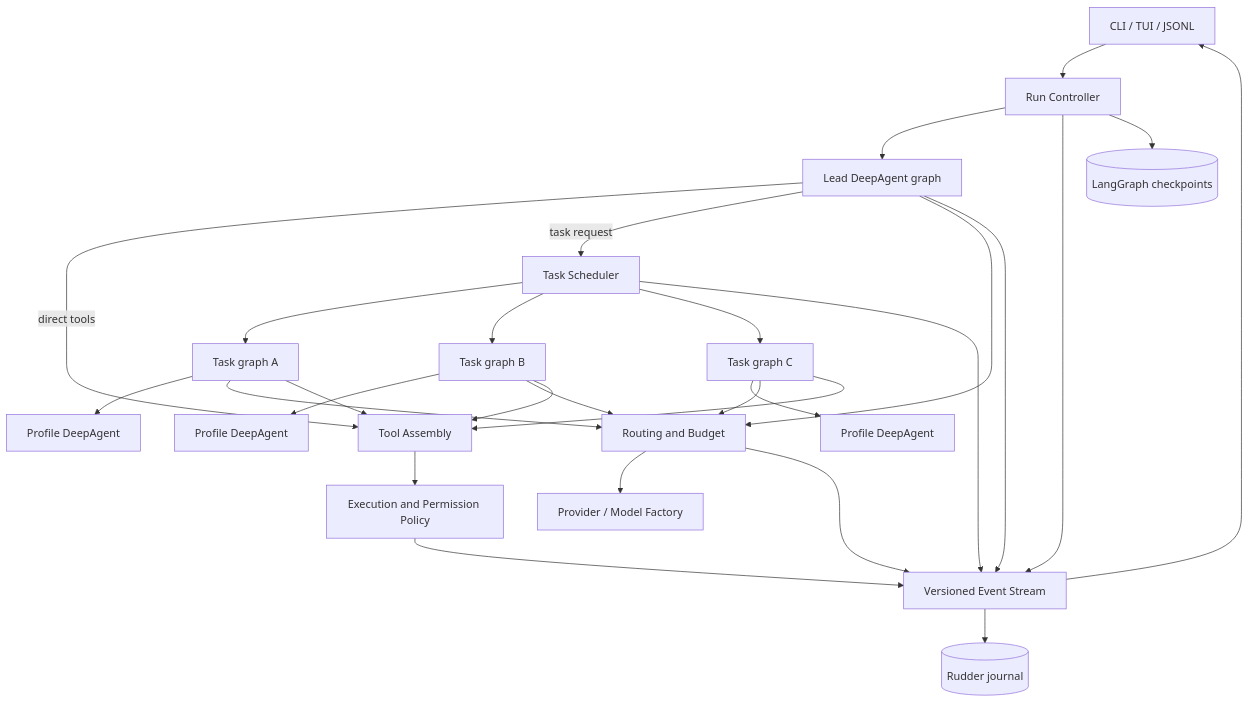
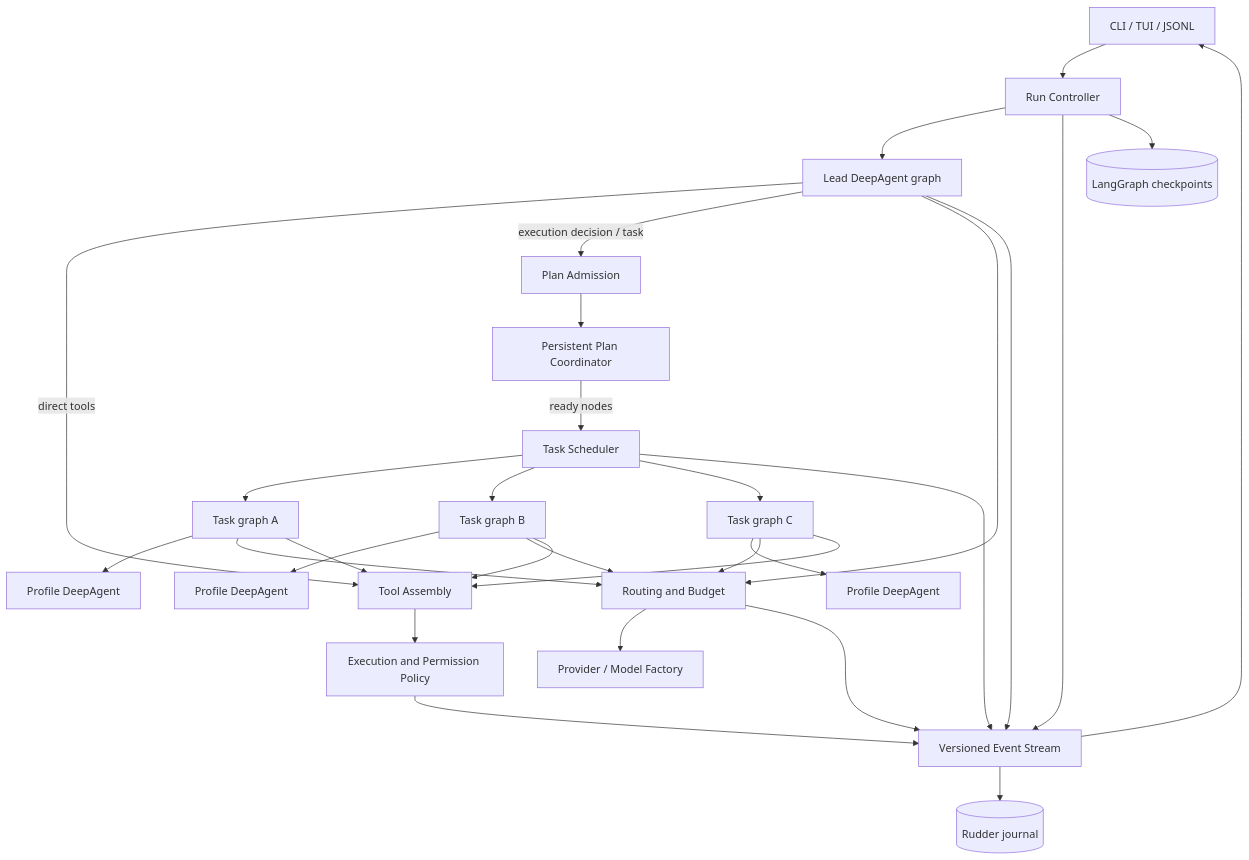
The first of 2 diagrams in docs/rudder/ARCHITECTURE.md (plum-sorathorn/Skail), drawn with Mermaid before and after one commit. The commit also changed other lines of this file and 9 other files, not shown here.

````diff
--- a/docs/rudder/ARCHITECTURE.md
+++ b/docs/rudder/ARCHITECTURE.md
@@ -15,30 +15,32 @@
 ```mermaid
 flowchart TD
     UI[CLI / TUI / JSONL] --> RC[Run Controller]
     RC --> LG[Lead DeepAgent graph]
     LG -->|direct tools| TA[Tool Assembly]
-    LG -->|task request| SCH[Task Scheduler]
+    LG -->|execution decision / task| PA[Plan Admission]
+    PA --> PC[Persistent Plan Coordinator]
+    PC -->|ready nodes| SCH[Task Scheduler]
     SCH --> TG1[Task graph A]
     SCH --> TG2[Task graph B]
     SCH --> TG3[Task graph C]
     TG1 --> DA1[Profile DeepAgent]
     TG2 --> DA2[Profile DeepAgent]
     TG3 --> DA3[Profile DeepAgent]
     LG --> RB[Routing and Budget]
     TG1 --> RB
     TG2 --> RB
     TG3 --> RB
     RB --> PF[Provider / Model Factory]
     TA --> EP[Execution and Permission Policy]
     TG1 --> TA
     TG2 --> TA
     TG3 --> TA
     RC --> ES[Versioned Event Stream]
     LG --> ES
     SCH --> ES
     RB --> ES
     EP --> ES
     ES --> DB[(Rudder journal)]
     RC --> CP[(LangGraph checkpoints)]
     ES --> UI
 ```
````
